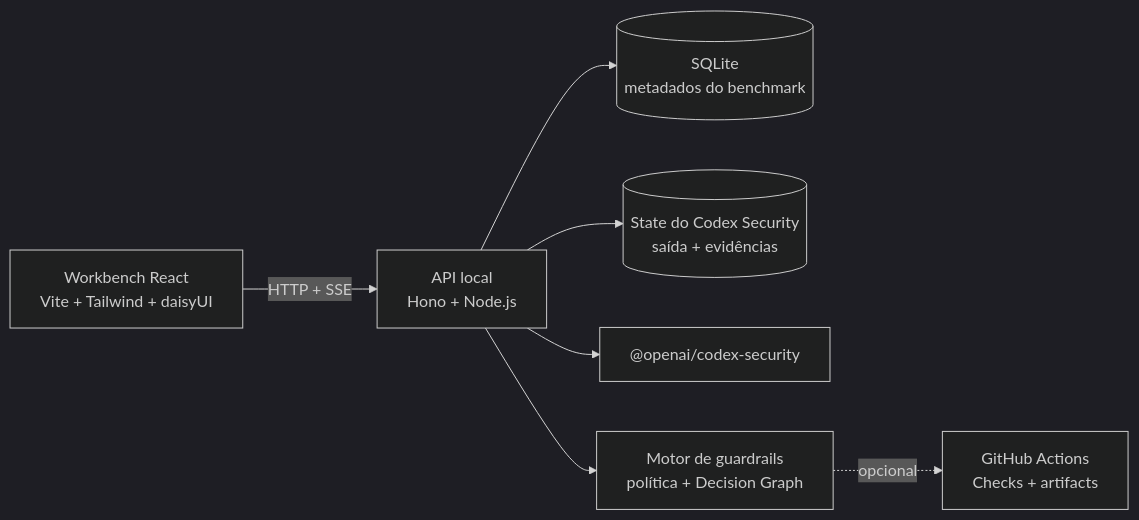
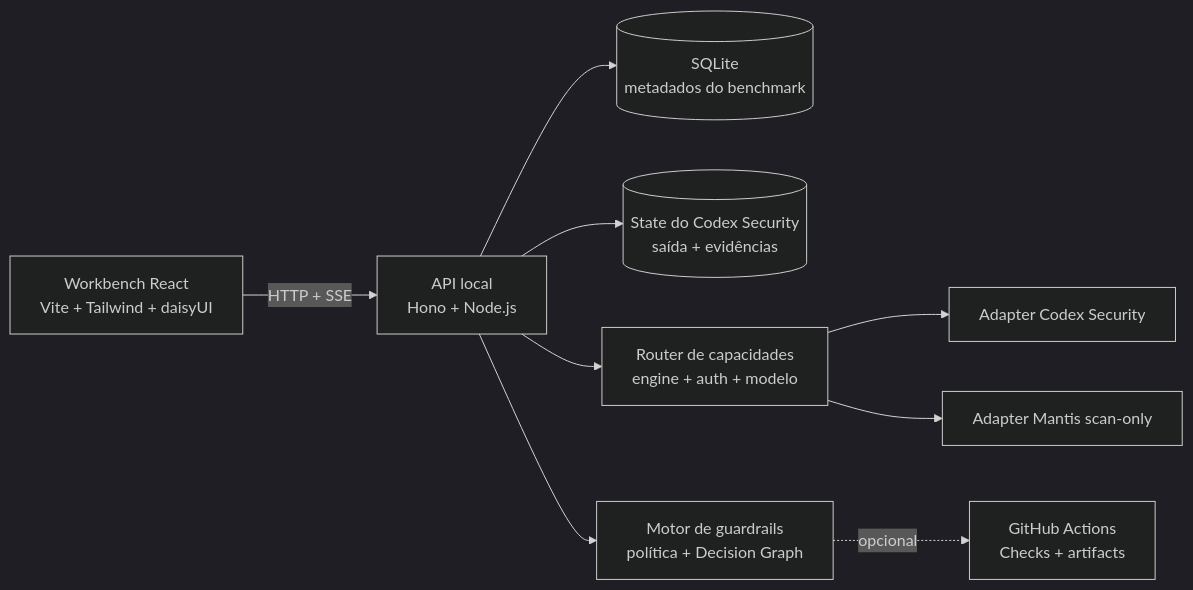
One commit to OkamiOps/okami-sentinel changed the diagram in README.pt-BR.md. Above: the diagram before and after it, drawn with Mermaid (dark theme). The commit also changed other lines of this file and 35 other files, not shown here.

````diff
--- a/README.pt-BR.md
+++ b/README.pt-BR.md
@@ -73,17 +84,21 @@
 ```mermaid
 flowchart LR
     UI["Workbench React\nVite + Tailwind + daisyUI"]
     API["API local\nHono + Node.js"]
     DB[("SQLite\nmetadados do benchmark")]
     STATE[("State do Codex Security\nsaída + evidências")]
-    SCANNER["@openai/codex-security"]
+    ROUTER["Router de capacidades\nengine + auth + modelo"]
+    SCANNER["Adapter Codex Security"]
+    MANTIS["Adapter Mantis scan-only"]
     GATE["Motor de guardrails\npolítica + Decision Graph"]
     GH["GitHub Actions\nChecks + artifacts"]
 
     UI -->|HTTP + SSE| API
     API --> DB
     API --> STATE
-    API --> SCANNER
+    API --> ROUTER
+    ROUTER --> SCANNER
+    ROUTER --> MANTIS
     API --> GATE
     GATE -. opcional .-> GH
 ```
````
